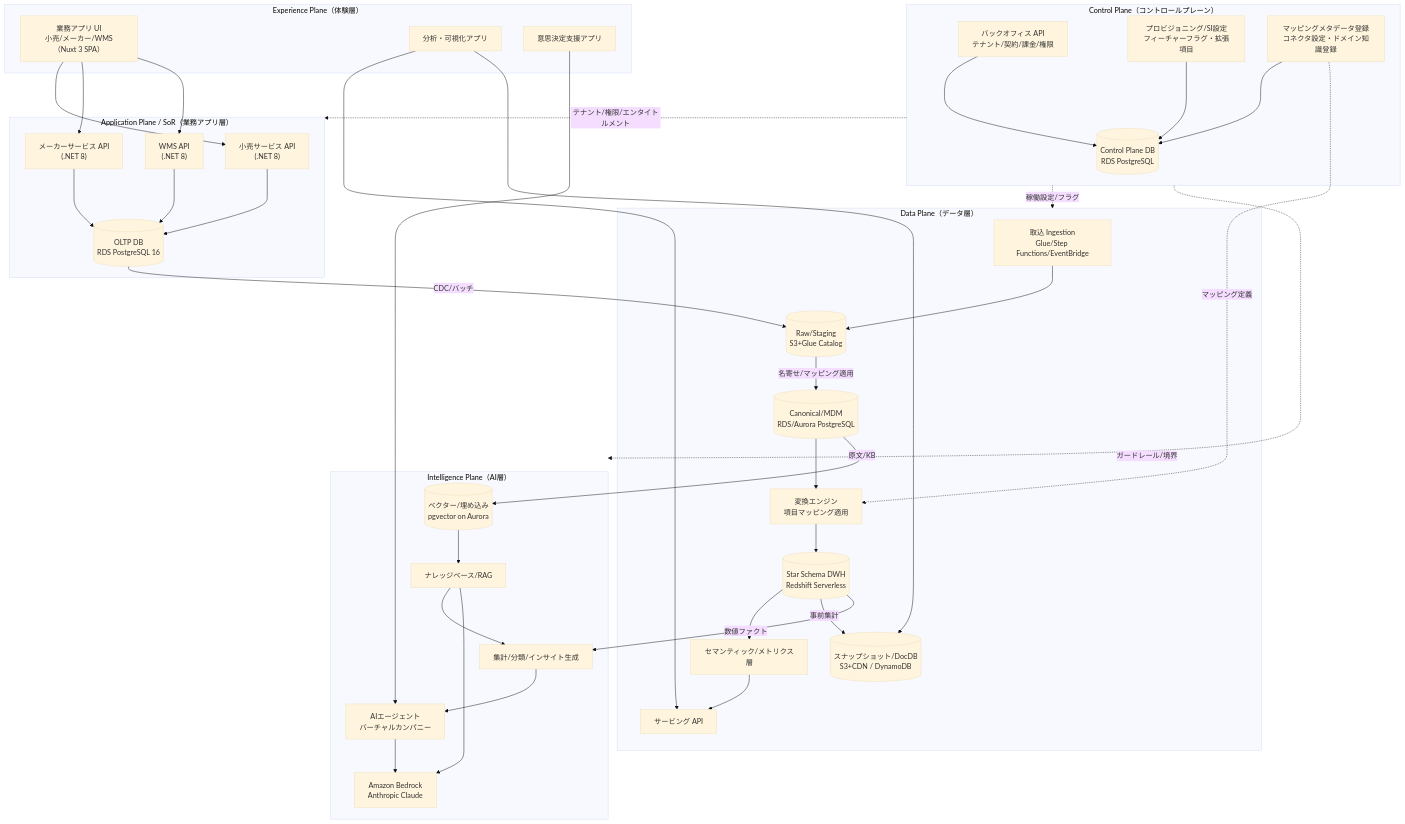
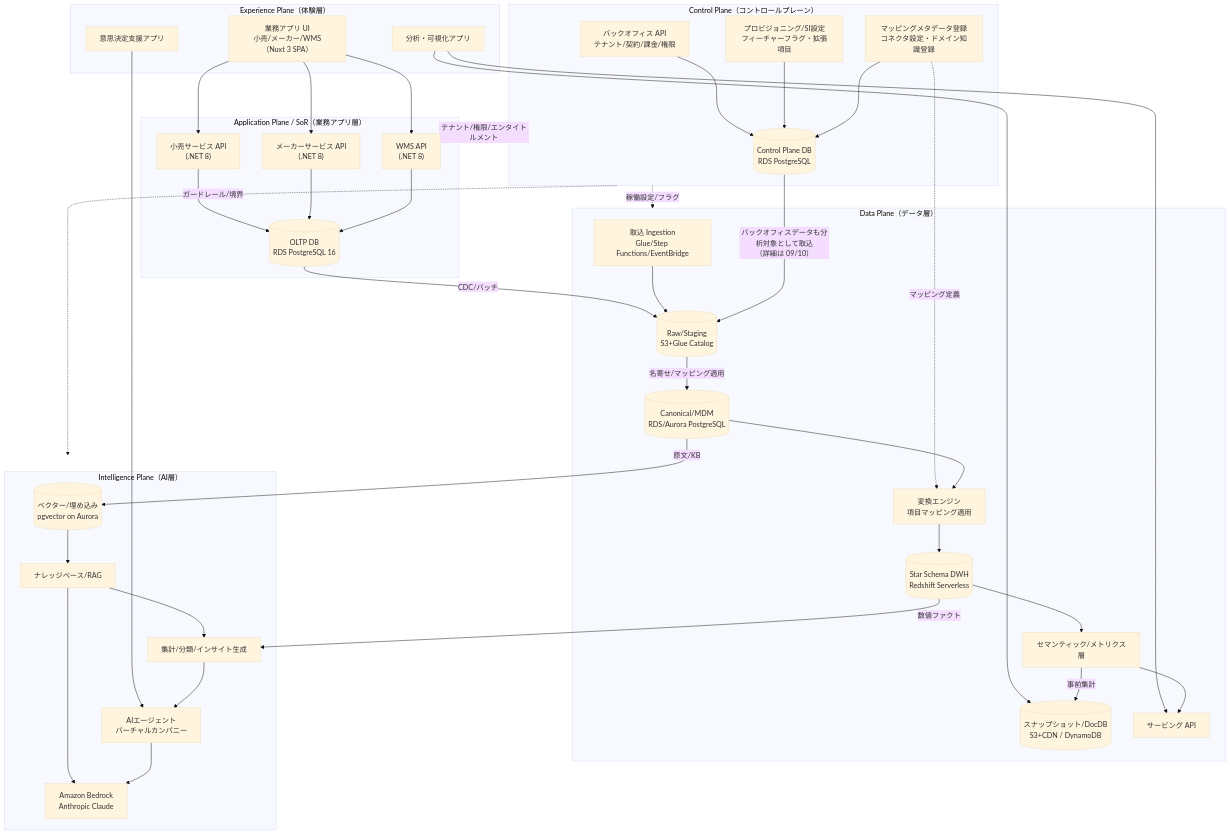
Before and after one commit to TSUNAGUBA/akebono-honshu: the first of 8 diagrams in docs/platform-design/basic-design/02-overall-architecture.md, drawn with Mermaid (base theme). The commit also changed other lines of this file and 30 other files, not shown here.

````diff
--- a/docs/platform-design/basic-design/02-overall-architecture.md
+++ b/docs/platform-design/basic-design/02-overall-architecture.md
@@ -32,77 +32,78 @@
 ```mermaid
 graph TD
     subgraph EXP["Experience Plane（体験層）"]
         UIB["業務アプリ UI<br/>小売/メーカー/WMS（Nuxt 3 SPA）"]
         UIA["分析・可視化アプリ"]
         UID["意思決定支援アプリ"]
     end
 
     subgraph APP["Application Plane / SoR（業務アプリ層）"]
         RTL["小売サービス API<br/>(.NET 8)"]
         MFG["メーカーサービス API<br/>(.NET 8)"]
         WMS["WMS API<br/>(.NET 8)"]
         OLTP[("OLTP DB<br/>RDS PostgreSQL 16")]
     end
 
     subgraph CTRL["Control Plane（コントロールプレーン）"]
         BO["バックオフィス API<br/>テナント/契約/課金/権限"]
         PROV["プロビジョニング/SI設定<br/>フィーチャーフラグ・拡張項目"]
         MAPREG["マッピングメタデータ登録<br/>コネクタ設定・ドメイン知識登録"]
         CTLDB[("Control Plane DB<br/>RDS PostgreSQL")]
     end
 
     subgraph DATA["Data Plane（データ層）"]
         ING["取込 Ingestion<br/>Glue/Step Functions/EventBridge"]
         RAW[("Raw/Staging<br/>S3+Glue Catalog")]
         CAN[("Canonical/MDM<br/>RDS/Aurora PostgreSQL")]
         XFM["変換エンジン<br/>項目マッピング適用"]
         DWH[("Star Schema DWH<br/>Redshift Serverless")]
         SEM["セマンティック/メトリクス層"]
         SNAP[("スナップショット/DocDB<br/>S3+CDN / DynamoDB")]
         SVC["サービング API"]
     end
 
     subgraph INT["Intelligence Plane（AI層）"]
         VEC[("ベクター/埋め込み<br/>pgvector on Aurora")]
         RAG["ナレッジベース/RAG"]
         AICL["集計/分類/インサイト生成"]
         AGENT["AIエージェント<br/>バーチャルカンパニー"]
         BR["Amazon Bedrock<br/>Anthropic Claude"]
     end
 
     UIB --> RTL
     UIB --> MFG
     UIB --> WMS
     UIA --> SVC
     UIA --> SNAP
     UID --> AGENT
 
     RTL --> OLTP
     MFG --> OLTP
     WMS --> OLTP
 
     BO --> CTLDB
     PROV --> CTLDB
     MAPREG --> CTLDB
 
     OLTP -->|"CDC/バッチ"| RAW
     ING --> RAW
+    CTLDB -->|"バックオフィスデータも分析対象として取込<br/>（詳細は 09/10）"| RAW
     RAW -->|"名寄せ/マッピング適用"| CAN
     MAPREG -.->|"マッピング定義"| XFM
     CAN --> XFM
     XFM --> DWH
     DWH --> SEM
     SEM --> SVC
-    DWH -->|"事前集計"| SNAP
+    SEM -->|"事前集計"| SNAP
     CAN -->|"原文/KB"| VEC
     VEC --> RAG
     RAG --> AICL
     DWH -->|"数値ファクト"| AICL
     AICL --> AGENT
     RAG --> BR
     AGENT --> BR
 
     CTRL -.->|"テナント/権限/エンタイトルメント"| APP
     CTRL -.->|"稼働設定/フラグ"| DATA
     CTRL -.->|"ガードレール/境界"| INT
 ```
````
